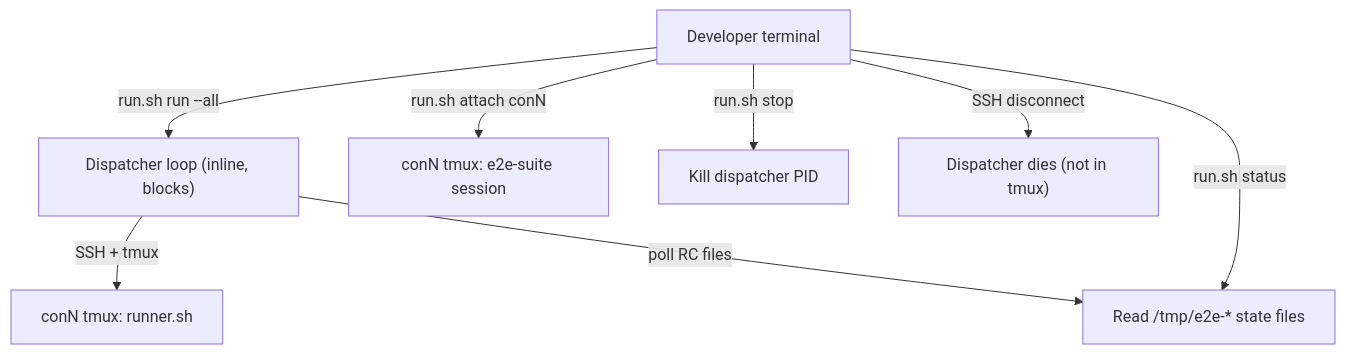
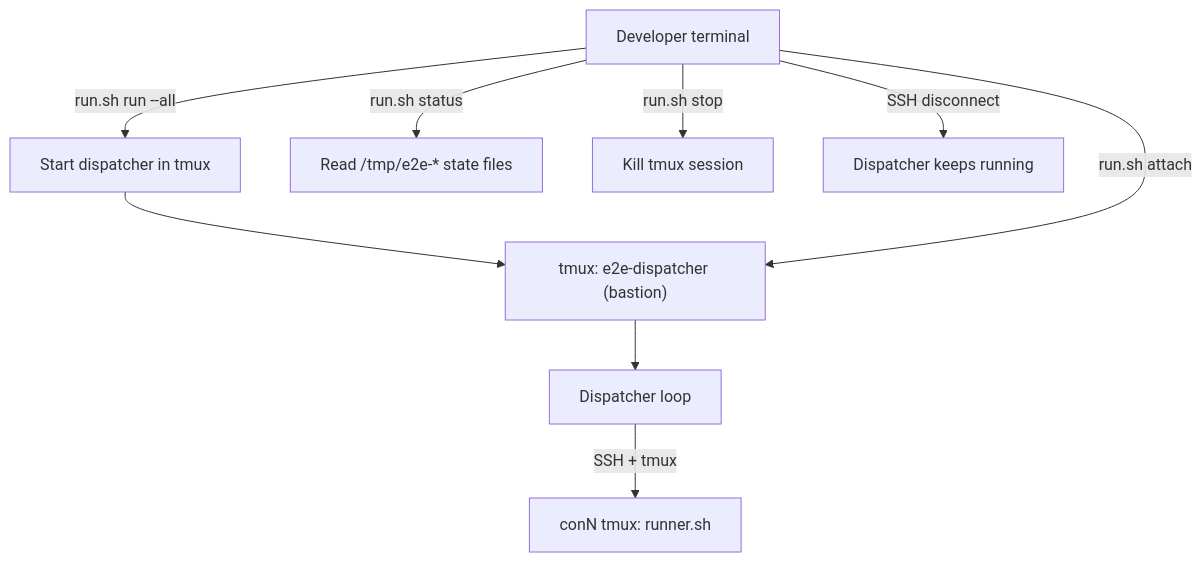
One commit to sjbylo/aba changed the second of 3 diagrams in test/e2e/v2/dev/SPEC.md. Above: the diagram before and after it, drawn with Mermaid. The commit also changed other lines of this file, not shown here.

````diff
--- a/test/e2e/v2/dev/SPEC.md
+++ b/test/e2e/v2/dev/SPEC.md
@@ -715,11 +632,12 @@
 ```mermaid
 flowchart TD
-    User["Developer terminal"] -->|"run.sh run --all"| DispLoop["Dispatcher loop (inline, blocks)"]
-    DispLoop -->|"SSH + tmux"| ConN["conN tmux: runner.sh"]
-    DispLoop -->|"poll RC files"| StateFiles["Read /tmp/e2e-* state files"]
+    User["Developer terminal"] -->|"run.sh run --all"| StartDisp["Start dispatcher in tmux"]
+    StartDisp --> TmuxSess["tmux: e2e-dispatcher (bastion)"]
+    TmuxSess --> Dispatch["Dispatcher loop"]
+    Dispatch -->|"SSH + tmux"| ConN["conN tmux: runner.sh"]
 
-    User -->|"run.sh status"| StateFiles
-    User -->|"run.sh attach conN"| ConNTmux["conN tmux: e2e-suite session"]
-    User -->|"run.sh stop"| KillDisp["Kill dispatcher PID"]
-    User -->|"SSH disconnect"| Dead["Dispatcher dies (not in tmux)"]
+    User -->|"run.sh status"| StateFiles["Read /tmp/e2e-* state files"]
+    User -->|"run.sh attach"| TmuxSess
+    User -->|"run.sh stop"| KillSess["Kill tmux session"]
+    User -->|"SSH disconnect"| Nothing["Dispatcher keeps running"]
 ```
````
